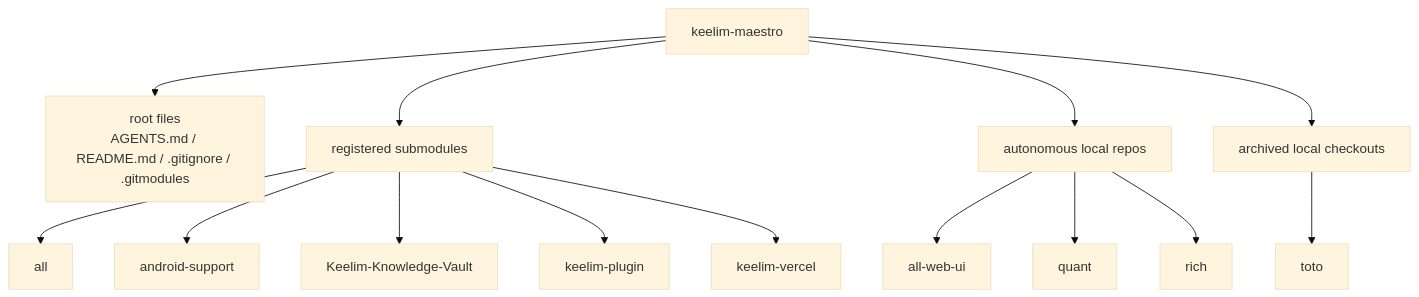
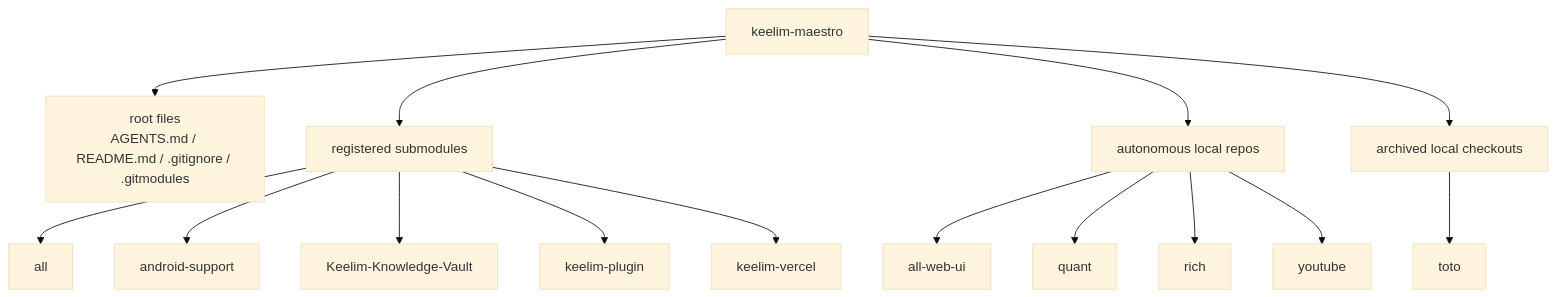
The first of 2 diagrams in README.md (keelim/keelim-maestro), drawn with Mermaid (base theme) before and after one commit. The commit also changed other lines of this file and 16 other files, not shown here.

````diff
--- a/README.md
+++ b/README.md
@@ -7,20 +7,21 @@
 ```mermaid
 flowchart TB
     root["keelim-maestro"]
 
     root --> rootFiles["root files<br/>AGENTS.md / README.md / .gitignore / .gitmodules"]
     root --> submodules["registered submodules"]
     root --> localRepos["autonomous local repos"]
     root --> archivedRepos["archived local checkouts"]
 
     submodules --> all["all"]
     submodules --> android["android-support"]
     submodules --> vault["Keelim-Knowledge-Vault"]
     submodules --> skill["keelim-plugin"]
     submodules --> vercel["keelim-vercel"]
 
     localRepos --> allWebUi["all-web-ui"]
     localRepos --> quant["quant"]
     localRepos --> rich["rich"]
+    localRepos --> youtube["youtube"]
     archivedRepos --> toto["toto"]
 ```
````
